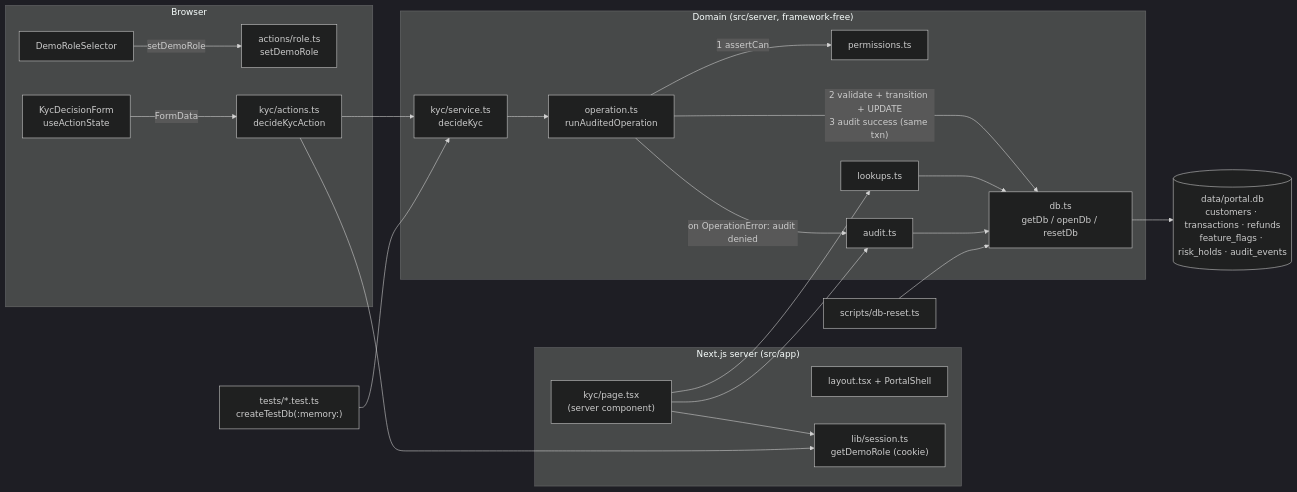
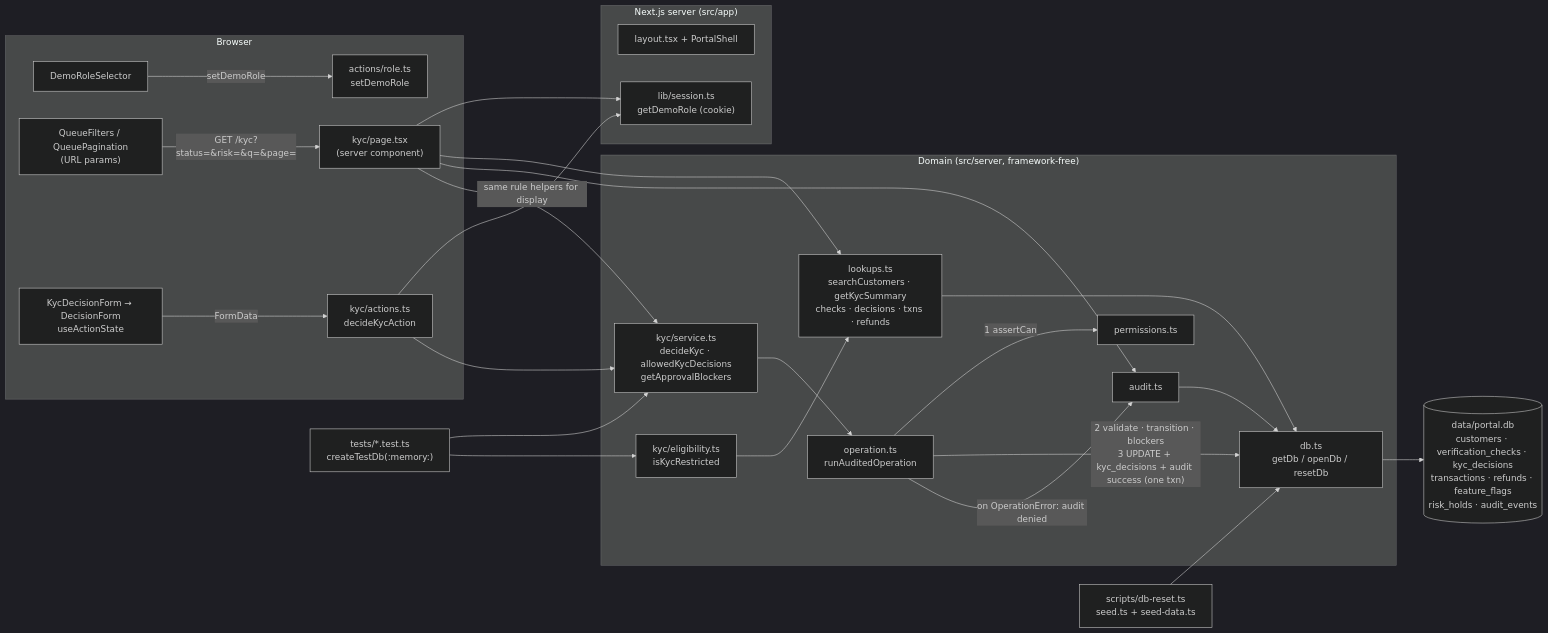
One commit to preyat/devinDemo changed the diagram in docs/architecture.md. Above: the diagram before and after it, drawn with Mermaid (dark theme). The commit also changed other lines of this file and 24 other files, not shown here.

Commit message:
KYC v2: verification checks, risk, request-info workflow, 50-customer seed, queue search/filters, reusable components

````diff
--- a/docs/architecture.md
+++ b/docs/architecture.md
@@ -6,41 +6,46 @@
 ```mermaid
 flowchart LR
   subgraph Browser
     Sel[DemoRoleSelector] -->|setDemoRole| RoleAct
-    Form[KycDecisionForm<br/>useActionState] -->|FormData| KycAct
+    Filters["QueueFilters / QueuePagination<br/>(URL params)"] -->|GET /kyc?status=&risk=&q=&page=| Page
+    Form["KycDecisionForm → DecisionForm<br/>useActionState"] -->|FormData| KycAct
   end
 
   subgraph "Next.js server (src/app)"
     Layout[layout.tsx + PortalShell]
     Page["kyc/page.tsx<br/>(server component)"]
     KycAct["kyc/actions.ts<br/>decideKycAction"]
     RoleAct["actions/role.ts<br/>setDemoRole"]
     Session["lib/session.ts<br/>getDemoRole (cookie)"]
   end
 
   subgraph "Domain (src/server, framework-free)"
-    Svc["kyc/service.ts<br/>decideKyc"]
+    Svc["kyc/service.ts<br/>decideKyc · allowedKycDecisions<br/>getApprovalBlockers"]
+    Elig["kyc/eligibility.ts<br/>isKycRestricted"]
     Op["operation.ts<br/>runAuditedOperation"]
     Perm[permissions.ts]
-    Look[lookups.ts]
+    Look["lookups.ts<br/>searchCustomers · getKycSummary<br/>checks · decisions · txns · refunds"]
     Audit[audit.ts]
     DB["db.ts<br/>getDb / openDb / resetDb"]
   end
 
-  SQLite[("data/portal.db<br/>customers · transactions · refunds<br/>feature_flags · risk_holds · audit_events")]
+  SQLite[("data/portal.db<br/>customers · verification_checks · kyc_decisions<br/>transactions · refunds · feature_flags<br/>risk_holds · audit_events")]
 
   Page --> Session
   Page --> Look
   Page --> Audit
+  Page -->|"same rule helpers for display"| Svc
   KycAct --> Session
   KycAct --> Svc
   Svc --> Op
   Op -->|1 assertCan| Perm
-  Op -->|"2 validate + transition + UPDATE<br/>3 audit success (same txn)"| DB
+  Op -->|"2 validate · transition · blockers<br/>3 UPDATE + kyc_decisions + audit success (one txn)"| DB
   Op -->|on OperationError: audit denied| Audit
+  Elig --> Look
   Look --> DB
   Audit --> DB
   DB --> SQLite
-  Reset["scripts/db-reset.ts"] --> DB
+  Reset["scripts/db-reset.ts<br/>seed.ts + seed-data.ts"] --> DB
   Tests["tests/*.test.ts<br/>createTestDb(:memory:)"] --> Svc
+  Tests --> Elig
 ```
````
